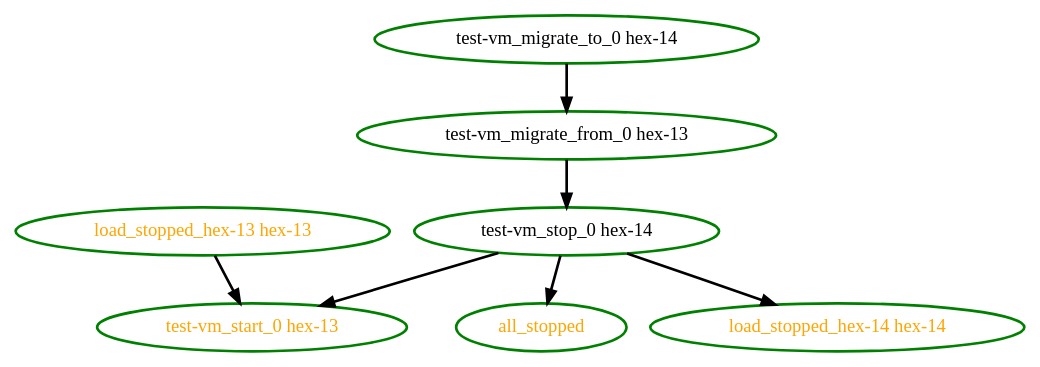
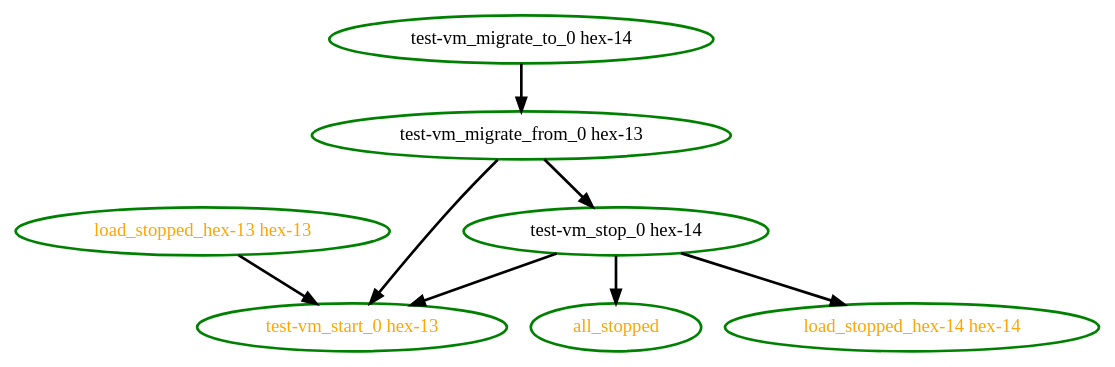
The diagram in pengine/test10/migrate-begin.dot (ClusterLabs/pacemaker), drawn with Graphviz before and after one commit. The commit also changed 64 other files, not shown here.

```diff
--- a/pengine/test10/migrate-begin.dot
+++ b/pengine/test10/migrate-begin.dot
@@ -1,15 +1,16 @@
 digraph "g" {
 "all_stopped" [ style=bold color="green" fontcolor="orange" ]
 "load_stopped_hex-13 hex-13" -> "test-vm_start_0 hex-13" [ style = bold]
 "load_stopped_hex-13 hex-13" [ style=bold color="green" fontcolor="orange" ]
 "load_stopped_hex-14 hex-14" [ style=bold color="green" fontcolor="orange" ]
+"test-vm_migrate_from_0 hex-13" -> "test-vm_start_0 hex-13" [ style = bold]
 "test-vm_migrate_from_0 hex-13" -> "test-vm_stop_0 hex-14" [ style = bold]
 "test-vm_migrate_from_0 hex-13" [ style=bold color="green" fontcolor="black" ]
 "test-vm_migrate_to_0 hex-14" -> "test-vm_migrate_from_0 hex-13" [ style = bold]
 "test-vm_migrate_to_0 hex-14" [ style=bold color="green" fontcolor="black" ]
 "test-vm_start_0 hex-13" [ style=bold color="green" fontcolor="orange" ]
 "test-vm_stop_0 hex-14" -> "all_stopped" [ style = bold]
 "test-vm_stop_0 hex-14" -> "load_stopped_hex-14 hex-14" [ style = bold]
 "test-vm_stop_0 hex-14" -> "test-vm_start_0 hex-13" [ style = bold]
 "test-vm_stop_0 hex-14" [ style=bold color="green" fontcolor="black" ]
 }
```
